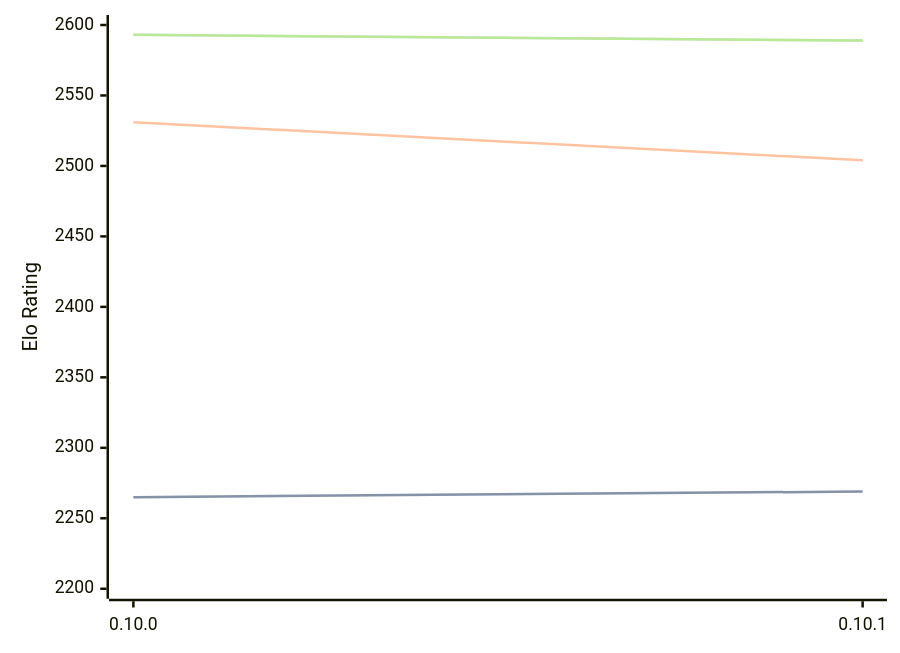
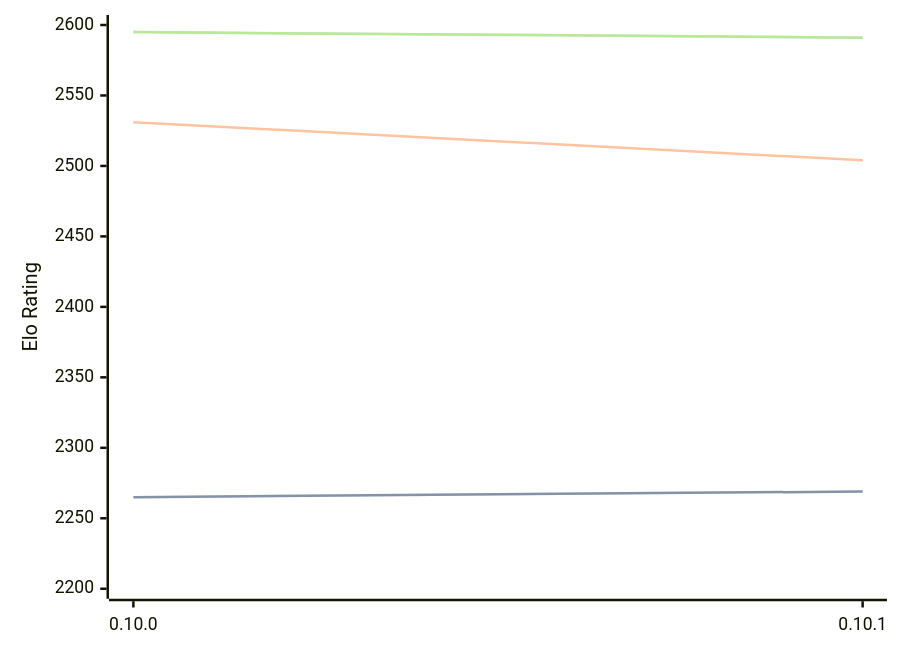
The diagram in engines/Fatalii.md (computer-chess-index/cci), drawn with Mermaid before and after one commit. The commit also changed other lines of this file, not shown here.

Commit message:
Update CCI Ratings (ELO VLTC) - 2026-07-31

````diff
--- a/engines/Fatalii.md
+++ b/engines/Fatalii.md
@@ -46,11 +46,11 @@
 ```mermaid
 %%{init: {"theme":"base","themeVariables":{"seriesColors:['#a3a3a3','#222221','#faa371']}}}%%
 xychart-beta
   x-axis ["0.10.0", "0.10.1"]
   y-axis "Elo Rating" 2200 --> 2600
   line "STC (8.0+0.08s)" [2265, 2269]
   line "STC (8.0+0.08s)" [2265, 2269]
   line "LTC (60.0+0.60s)" [2531, 2504]
-  line "VLTC (2m24s+1.12s)" [2593, 2589]
-  line "VLTC (2m24s+1.12s)" [2593, 2589]
+  line "VLTC (2m24s+1.12s)" [2595, 2591]
+  line "VLTC (2m24s+1.12s)" [2595, 2591]
 ```
````
